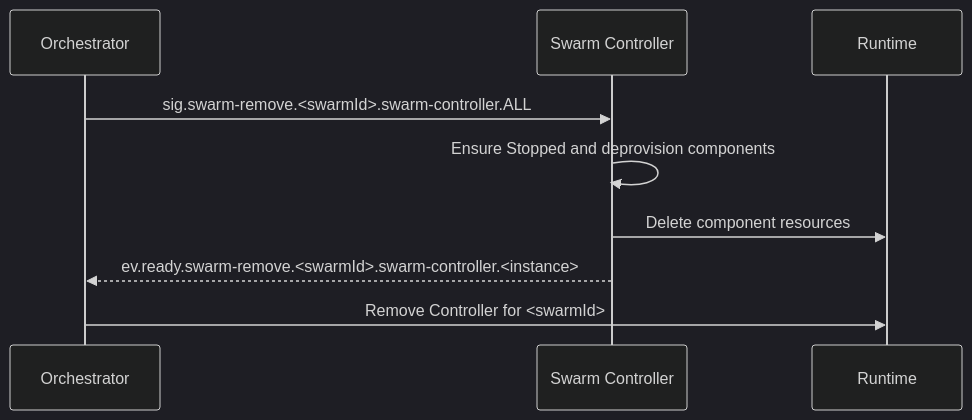
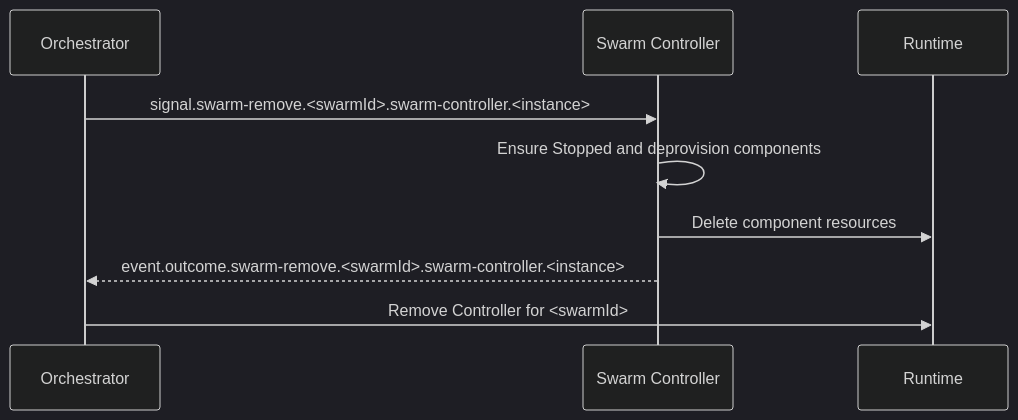
Before and after one commit to sepa79/PocketHive: the fifth of 6 diagrams in docs/ARCHITECTURE.md, drawn with Mermaid (dark theme). The commit also changed other lines of this file and 13 other files, not shown here.

````diff
--- a/docs/ARCHITECTURE.md
+++ b/docs/ARCHITECTURE.md
@@ -284,12 +403,12 @@
 ```mermaid
 sequenceDiagram
   participant QN as Orchestrator
   participant MSH as Swarm Controller
   participant RT as Runtime
 
-  QN->>MSH: sig.swarm-remove.<swarmId>.swarm-controller.ALL
+  QN->>MSH: signal.swarm-remove.<swarmId>.swarm-controller.<instance>
   MSH->>MSH: Ensure Stopped and deprovision components
   MSH->>RT: Delete component resources
-  MSH-->>QN: ev.ready.swarm-remove.<swarmId>.swarm-controller.<instance>
+  MSH-->>QN: event.outcome.swarm-remove.<swarmId>.swarm-controller.<instance>
   QN->>RT: Remove Controller for <swarmId>
 ```
````
